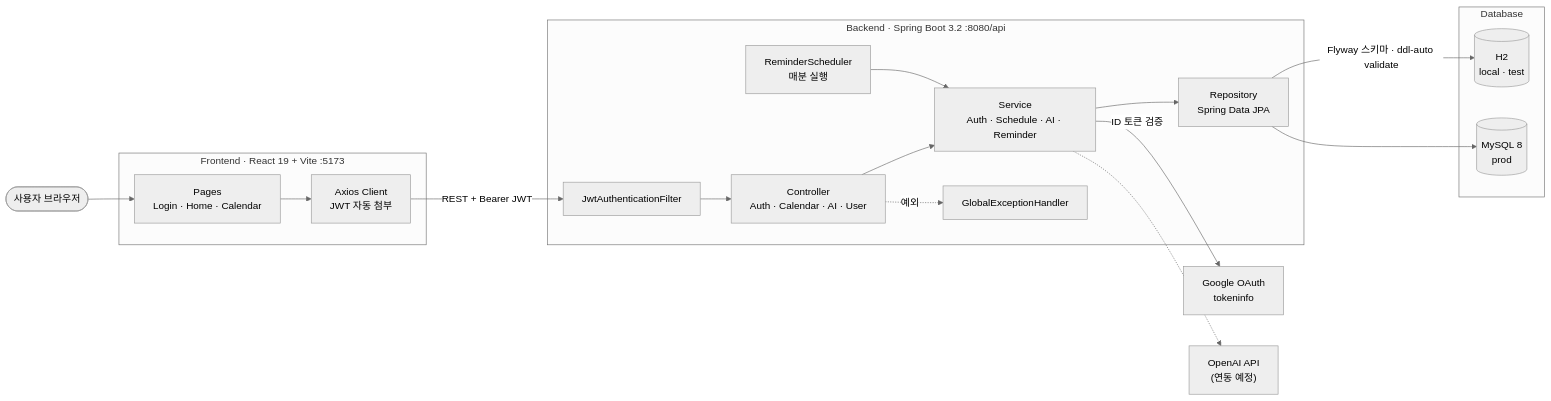
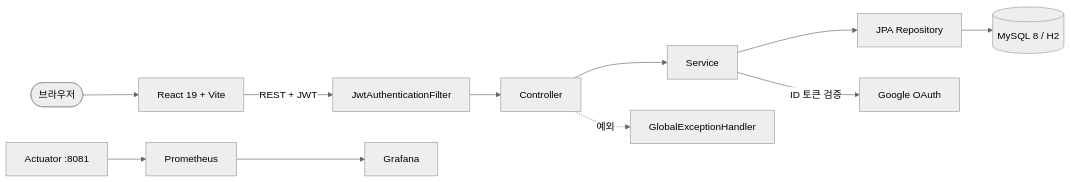
Before and after one commit to Hun2e/MyNotionAI: the diagram in README.md, drawn with Mermaid (neutral theme). The commit also changed other lines of this file and 1 other file, not shown here.

````diff
--- a/README.md
+++ b/README.md
@@ -82,34 +35,10 @@
 ```mermaid
 flowchart LR
-    User(["사용자 브라우저"])
-
-    subgraph FE["Frontend · React 19 + Vite :5173"]
-        Pages["Pages<br/>Login · Home · Calendar"]
-        Axios["Axios Client<br/>JWT 자동 첨부"]
-    end
-
-    subgraph BE["Backend · Spring Boot 3.2 :8080/api"]
-        Filter["JwtAuthenticationFilter"]
-        Controller["Controller<br/>Auth · Calendar · AI · User"]
-        Service["Service<br/>Auth · Schedule · AI · Reminder"]
-        Repo["Repository<br/>Spring Data JPA"]
-        Handler["GlobalExceptionHandler"]
-        Scheduler["ReminderScheduler<br/>매분 실행"]
-    end
-
-    subgraph DB["Database"]
-        H2[("H2<br/>local · test")]
-        MySQL[("MySQL 8<br/>prod")]
-    end
-
-    Google["Google OAuth<br/>tokeninfo"]
-    OpenAI["OpenAI API<br/>(연동 예정)"]
-
-    User --> Pages --> Axios -->|"REST + Bearer JWT"| Filter --> Controller --> Service --> Repo
-    Repo -->|"Flyway 스키마 · ddl-auto validate"| H2
-    Repo --> MySQL
-    Controller -.->|"예외"| Handler
-    Scheduler --> Service
-    Service -->|"ID 토큰 검증"| Google
-    Service -.-> OpenAI
+  B(["브라우저"]) --> FE["React 19 + Vite"]
+  FE -->|REST + JWT| F["JwtAuthenticationFilter"]
+  F --> C["Controller"] --> S["Service"] --> R["JPA Repository"]
+  R --> DB[("MySQL 8 / H2")]
+  S -->|ID 토큰 검증| G["Google OAuth"]
+  C -.->|예외| H["GlobalExceptionHandler"]
+  APP["Actuator :8081"] --> P["Prometheus"] --> GF["Grafana"]
 ```
````
